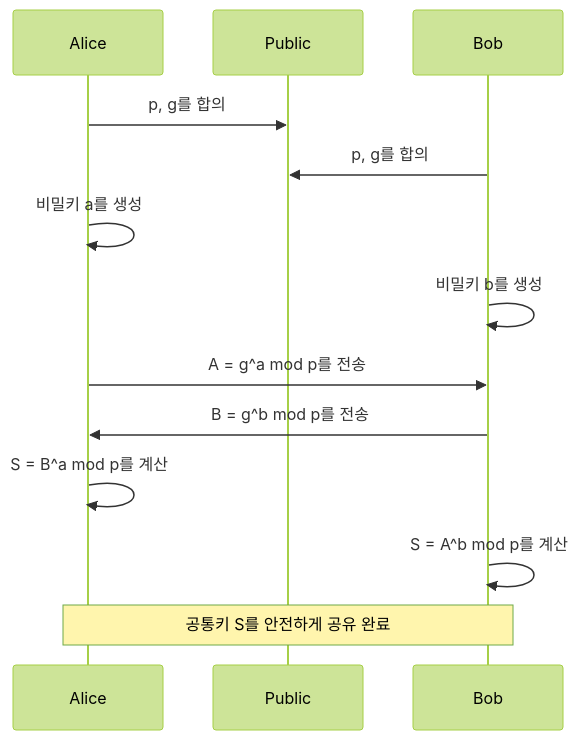
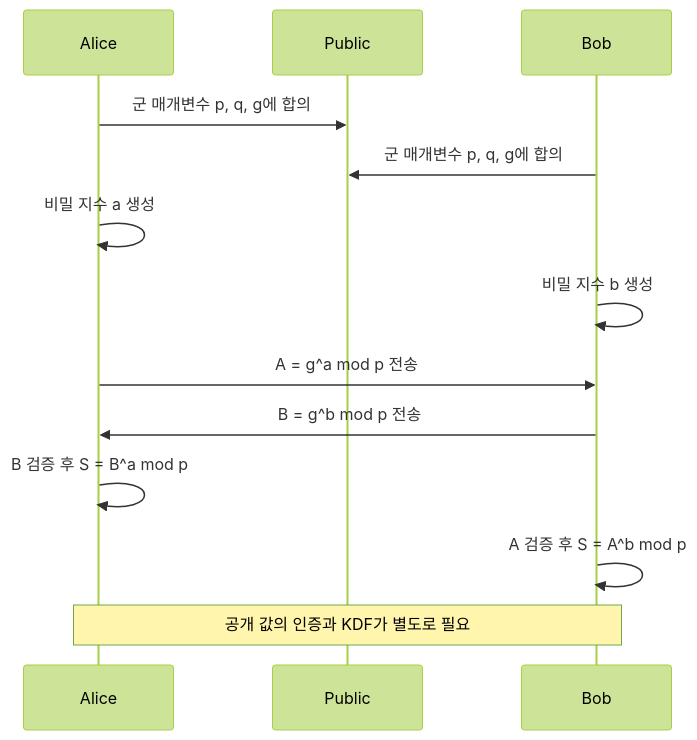
One commit to kenjinote/blog changed the first of 2 diagrams in content/post/public-key-cryptography-rsa-ecc/index.ko.md. Above: the diagram before and after it, drawn with Mermaid (forest theme). The commit also changed other lines of this file and 5 other files, not shown here.

````diff
--- a/content/post/public-key-cryptography-rsa-ecc/index.ko.md
+++ b/content/post/public-key-cryptography-rsa-ecc/index.ko.md
@@ -38,15 +50,15 @@
 ```mermaid
 sequenceDiagram
     participant Alice
     participant Public
     participant Bob
-    Alice->>Public: p, g를 합의
-    Bob->>Public: p, g를 합의
-    Alice->>Alice: 비밀키 a를 생성
-    Bob->>Bob: 비밀키 b를 생성
-    Alice->>Bob: A = g^a mod p를 전송
-    Bob->>Alice: B = g^b mod p를 전송
-    Alice->>Alice: S = B^a mod p를 계산
-    Bob->>Bob: S = A^b mod p를 계산
-    Note over Alice,Bob: 공통키 S를 안전하게 공유 완료
+    Alice->>Public: 군 매개변수 p, q, g에 합의
+    Bob->>Public: 군 매개변수 p, q, g에 합의
+    Alice->>Alice: 비밀 지수 a 생성
+    Bob->>Bob: 비밀 지수 b 생성
+    Alice->>Bob: A = g^a mod p 전송
+    Bob->>Alice: B = g^b mod p 전송
+    Alice->>Alice: B 검증 후 S = B^a mod p
+    Bob->>Bob: A 검증 후 S = A^b mod p
+    Note over Alice,Bob: 공개 값의 인증과 KDF가 별도로 필요
 ```
````
